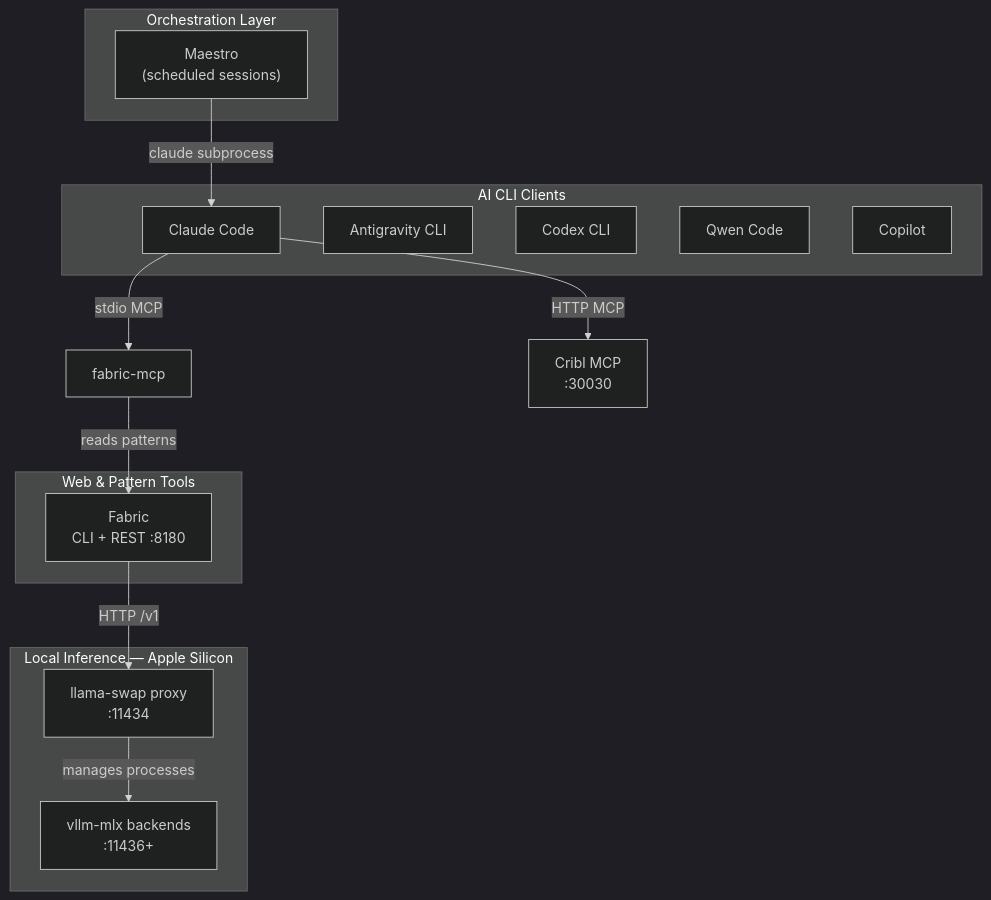
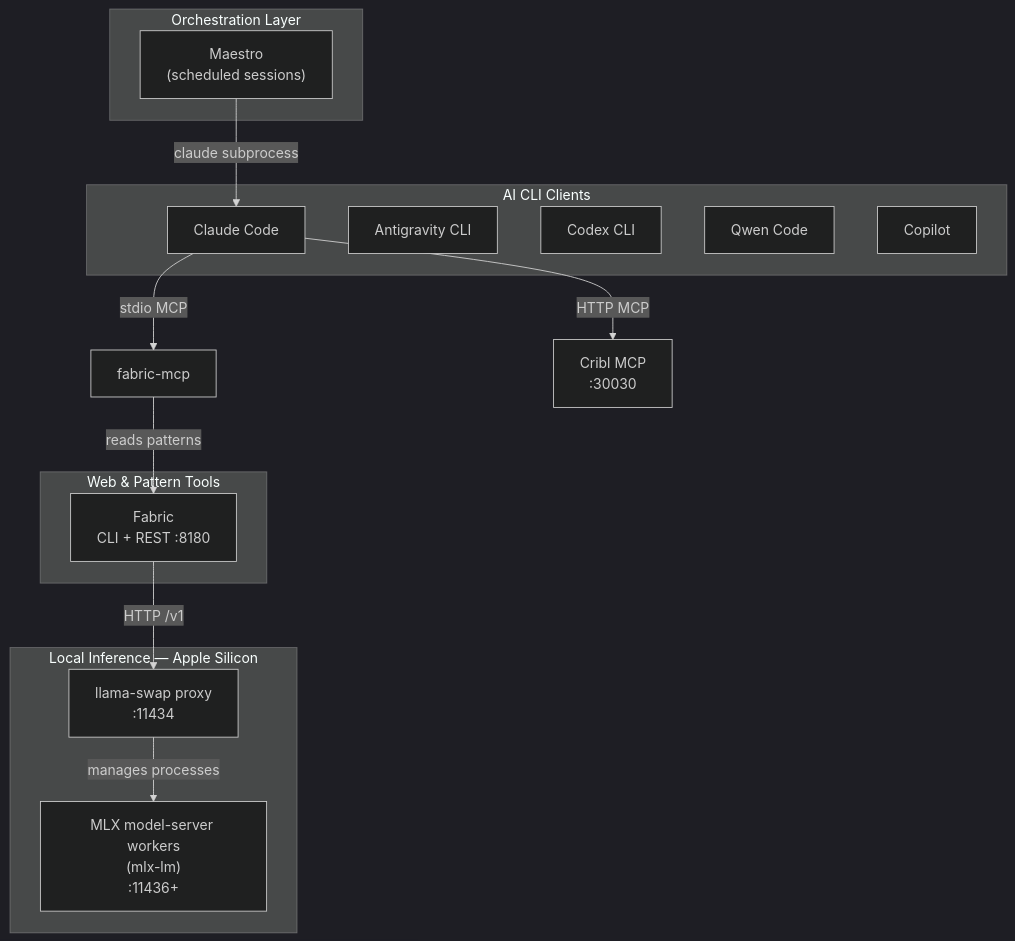
One commit to dryvist/nix-ai changed the first of 4 diagrams in docs/architecture/system-integration-map.md. Above: the diagram before and after it, drawn with Mermaid (dark theme). The commit also changed other lines of this file and 5 other files, not shown here.

Commit message:
docs(architecture): correct the serving backend to mlx-lm

````diff
--- a/docs/architecture/system-integration-map.md
+++ b/docs/architecture/system-integration-map.md
@@ -11,33 +11,33 @@
 ```mermaid
 graph TD
     subgraph Clients["AI CLI Clients"]
         CC["Claude Code"]
         GEM["Antigravity CLI"]
         CDX["Codex CLI"]
         QWEN["Qwen Code"]
         COP["Copilot"]
     end
 
     subgraph Orchestration["Orchestration Layer"]
         MAE["Maestro\n(scheduled sessions)"]
     end
 
     subgraph LocalInference["Local Inference — Apple Silicon"]
         LS["llama-swap proxy\n:11434"]
-        VLLM["vllm-mlx backends\n:11436+"]
+        WORKERS["MLX model-server workers\n(mlx-lm)\n:11436+"]
     end
 
     subgraph WebTools["Web & Pattern Tools"]
         FAB["Fabric\nCLI + REST :8180"]
     end
 
     CC -->|stdio MCP| FAB_MCP["fabric-mcp"]
     CC -->|HTTP MCP| CRIBL["Cribl MCP\n:30030"]
     MAE -->|claude subprocess| CC
 
     FAB_MCP -->|reads patterns| FAB
 
     FAB -->|HTTP /v1| LS
 
-    LS -->|manages processes| VLLM
+    LS -->|manages processes| WORKERS
 ```
````
